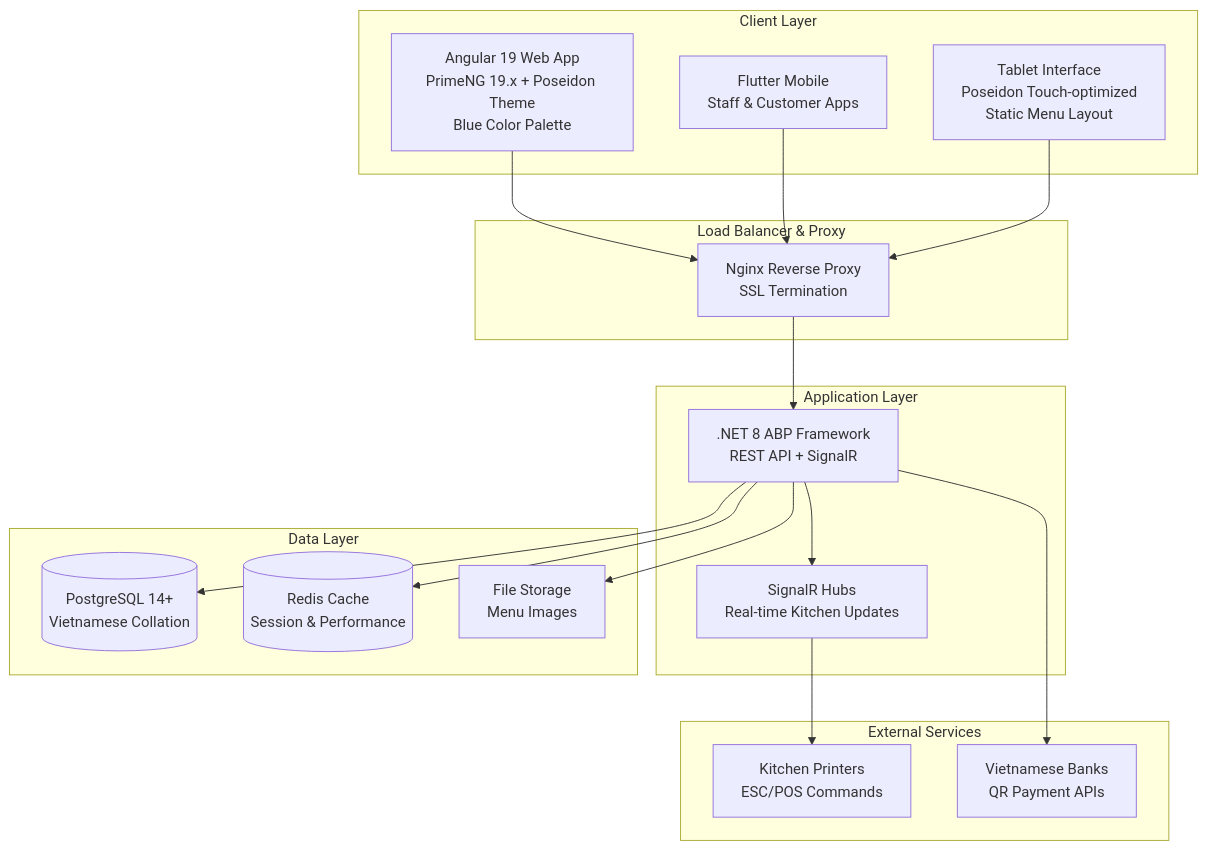
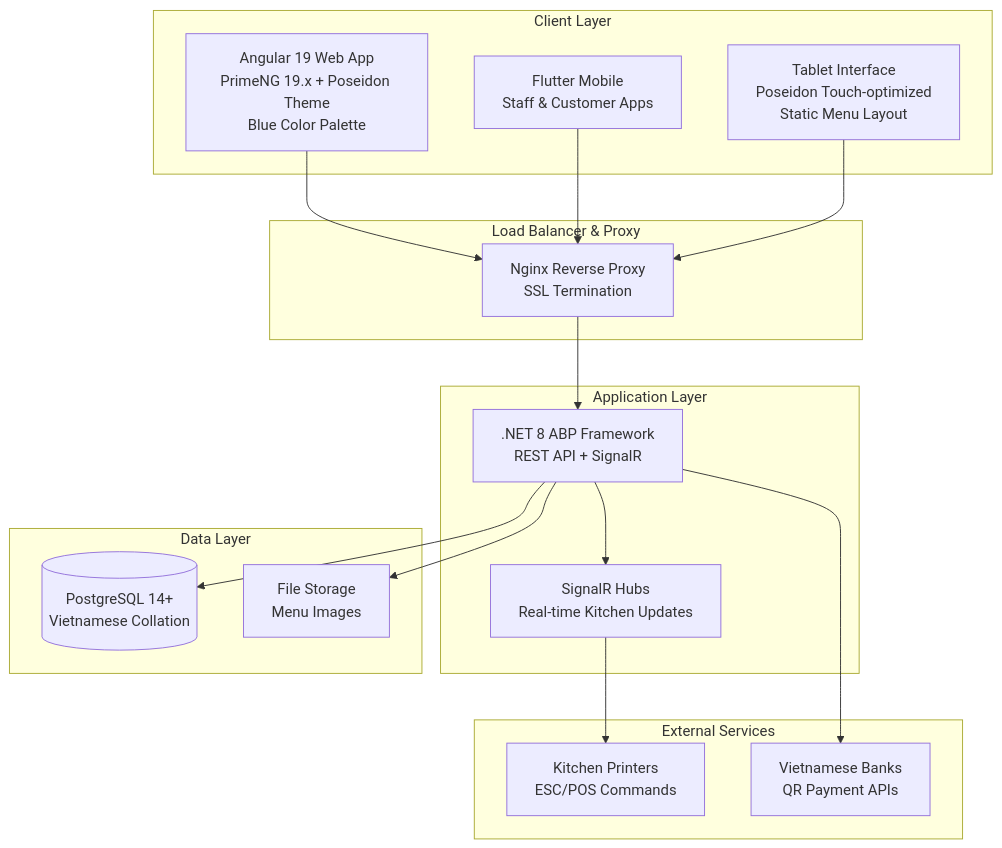
Before and after one commit to hungnv-business/smart-restaurant: the first of 7 diagrams in docs/architecture.md, drawn with Mermaid. The commit also changed other lines of this file and 78 other files, not shown here.

````diff
--- a/docs/architecture.md
+++ b/docs/architecture.md
@@ -148,39 +148,37 @@
 ```mermaid
 graph TB
     subgraph "Client Layer"
         WEB[Angular 19 Web App<br/>PrimeNG 19.x + Poseidon Theme<br/>Blue Color Palette]
         MOB[Flutter Mobile<br/>Staff & Customer Apps]
         TAB[Tablet Interface<br/>Poseidon Touch-optimized<br/>Static Menu Layout]
     end
     
     subgraph "Load Balancer & Proxy"
         NGINX[Nginx Reverse Proxy<br/>SSL Termination]
     end
     
     subgraph "Application Layer"
         API[.NET 8 ABP Framework<br/>REST API + SignalR]
         SIGNAL[SignalR Hubs<br/>Real-time Kitchen Updates]
     end
     
     subgraph "Data Layer"
         PG[(PostgreSQL 14+<br/>Vietnamese Collation)]
-        REDIS[(Redis Cache<br/>Session & Performance)]
         FILES[File Storage<br/>Menu Images]
     end
     
     subgraph "External Services"
         PRINT[Kitchen Printers<br/>ESC/POS Commands]
         QR[Vietnamese Banks<br/>QR Payment APIs]
     end
     
     WEB --> NGINX
     MOB --> NGINX
     TAB --> NGINX
     NGINX --> API
     API --> SIGNAL
     API --> PG
-    API --> REDIS
     API --> FILES
     SIGNAL --> PRINT
     API --> QR
 ```
````
